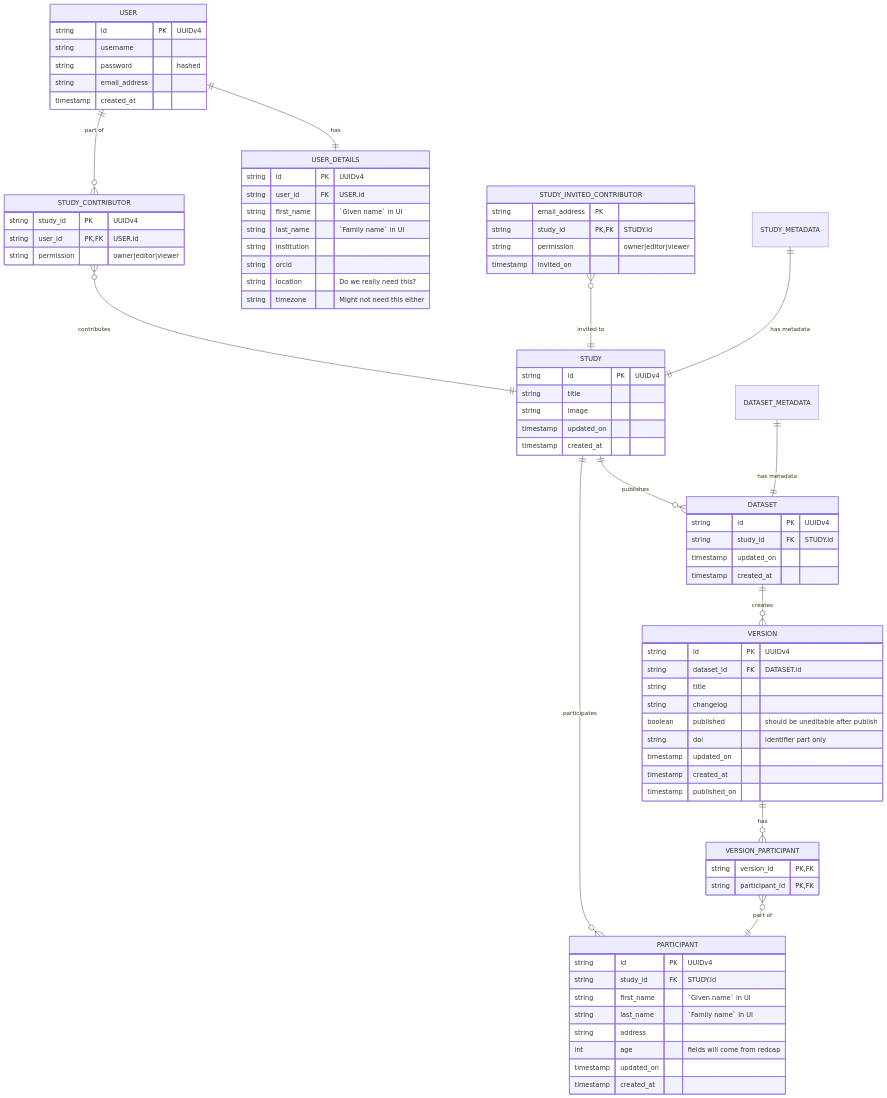
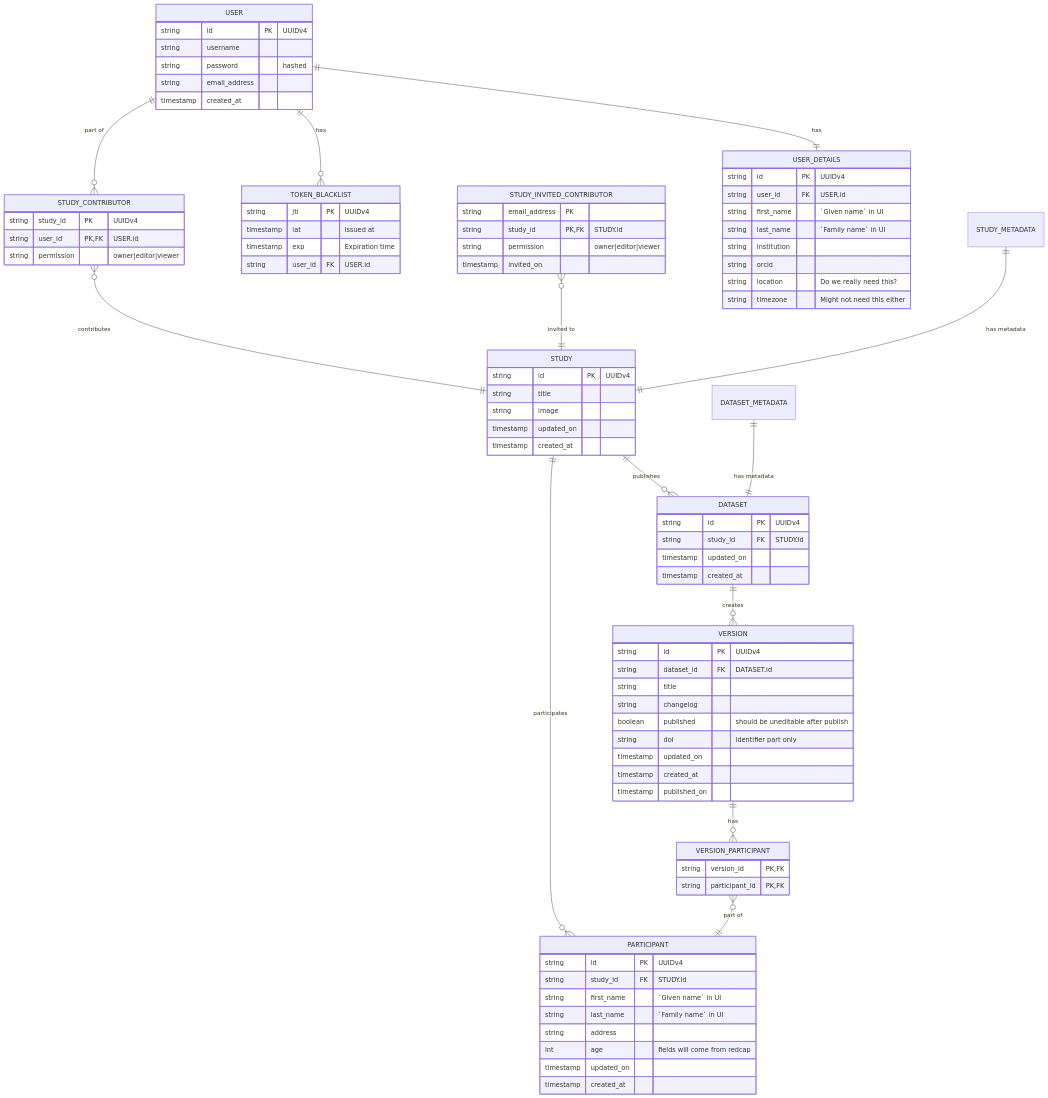
The diagram in mermaid/mmd/er.mmd (AI-READI/fairhub-app), drawn with Mermaid before and after one commit. The commit also changed 1 other file, not shown here.

Commit message:
chore: 🔨 update er for token blacklist

```diff
--- a/mermaid/mmd/er.mmd
+++ b/mermaid/mmd/er.mmd
@@ -1,93 +1,101 @@
 erDiagram
     STUDY {
         string id PK "UUIDv4"
         string title
         string image
         timestamp updated_on
         timestamp created_at
     }
 
     USER {
         string id PK "UUIDv4"
         string username
         string password "hashed"
         string email_address
         timestamp created_at
     }
 
     USER_DETAILS {
         string id PK "UUIDv4"
         string user_id FK "USER.id"
         string first_name "`Given name` in UI"
         string last_name "`Family name` in UI"
         string institution
         string orcid
         string location "Do we really need this?"
         string timezone "Might not need this either"
     }
 
     STUDY_CONTRIBUTOR {
         string study_id PK "UUIDv4"
         string user_id PK,FK "USER.id"
         string permission "owner|editor|viewer"
     }
 
     STUDY_INVITED_CONTRIBUTOR {
         string email_address PK
         string study_id PK,FK "STUDY.id"
         string permission "owner|editor|viewer"
         timestamp invited_on
     }
 
     PARTICIPANT {
         string id PK "UUIDv4"
         string study_id FK "STUDY.id"
         string first_name "`Given name` in UI"
         string last_name "`Family name` in UI"
         string address
         int age "fields will come from redcap"
         timestamp updated_on
         timestamp created_at
     }
 
     DATASET {
         string id PK "UUIDv4"
         string study_id FK "STUDY.id"
         timestamp updated_on
         timestamp created_at
     }
 
     VERSION {
         string id PK "UUIDv4"
         string dataset_id FK "DATASET.id"
         string title
         string changelog
         boolean published "should be uneditable after publish"
         string doi "identifier part only"
         timestamp updated_on
         timestamp created_at
         timestamp published_on
     }
 
      VERSION_PARTICIPANT {
         string version_id PK,FK
         string participant_id PK,FK
     }
 
+    TOKEN_BLACKLIST {
+        string jti PK "UUIDv4"
+        timestamp iat "Issued at"
+        timestamp exp "Expiration time"
+        string user_id FK "USER.id"
+    }
+
 
     STUDY_CONTRIBUTOR }o--|| STUDY : contributes
     STUDY_INVITED_CONTRIBUTOR }o--|| STUDY : "invited to"
     STUDY_METADATA ||--|| STUDY : "has metadata"
 
     STUDY ||--o{ DATASET : publishes
 
     DATASET_METADATA ||--|| DATASET : "has metadata"
 
     DATASET ||--o{ VERSION : creates
 
     USER ||--|| USER_DETAILS : "has"
+    USER ||--o{ TOKEN_BLACKLIST : "has"
 
     USER ||--o{ STUDY_CONTRIBUTOR : "part of"
     PARTICIPANT }o--|| STUDY : participates
     VERSION ||--o{ VERSION_PARTICIPANT : has
     VERSION_PARTICIPANT }o--|| PARTICIPANT : "part of"
```
